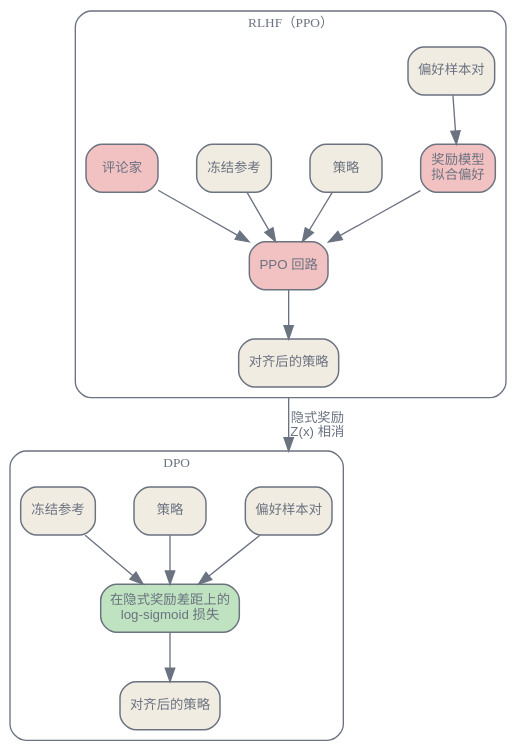
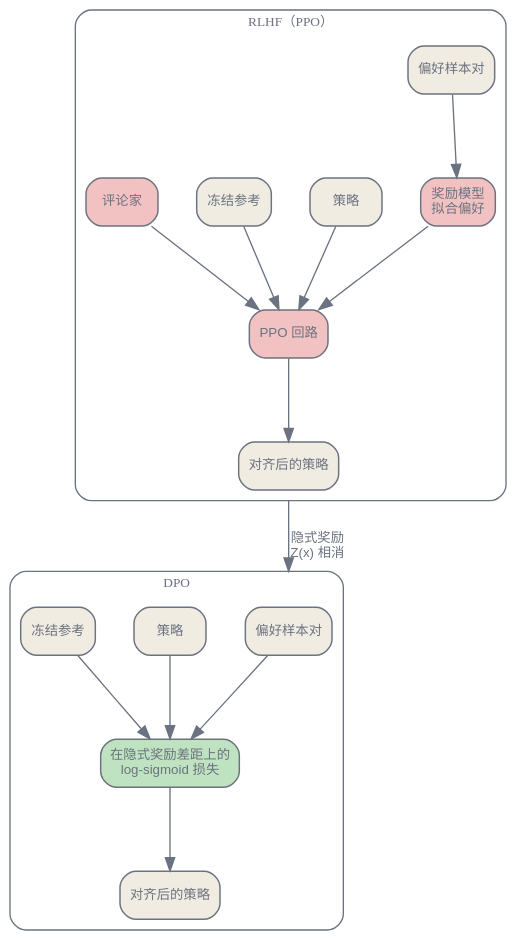
Before and after one commit to latere-ai/ai-as-an-infrastructure: the first of 2 diagrams in zh/adaptation/04-dpo-variants.qmd, drawn with Graphviz. The commit also changed 1 other file, not shown here.

Commit message:
dpo-variants: open rank gap so the reduction label clears the cluster border

````diff
--- a/zh/adaptation/04-dpo-variants.qmd
+++ b/zh/adaptation/04-dpo-variants.qmd
@@ -48,44 +48,44 @@
 ```{dot}
 //| label: fig-dpo-variants-reduction
 //| fig-cap: "RLHF 在四个模型上运行一个奖励模型与一个 PPO 回路；DPO 把隐式奖励代入 Bradley-Terry 模型，配分项相消，剩下的是偏好样本对上的一个分类损失。据 Rafailov et al.（2023）。"
 digraph {
   bgcolor="transparent";
   rankdir=TB;
-  nodesep=0.4; ranksep=0.5;
+  nodesep=0.4; ranksep=0.85;
   compound=true;
   node [shape=box, style="rounded,filled", fontname="Helvetica", fontsize=10, color="#6b7280", fontcolor="#6b7280", fillcolor="#f1ece1", penwidth=1.1];
   edge [fontsize=10, fontname="Helvetica", color="#6b7280", fontcolor="#6b7280"];
 
   subgraph cluster_rlhf {
     label="RLHF（PPO）";
     style=rounded; color="#6b7280"; fontcolor="#6b7280"; fontsize=10;
     pref1 [label="偏好样本对"];
     rm [label="奖励模型\n拟合偏好", fillcolor="#f2c2c2"];
     ppo [label="PPO 回路", fillcolor="#f2c2c2"];
     pol1 [label="策略"];
     ref1 [label="冻结参考"];
     crit [label="评论家", fillcolor="#f2c2c2"];
     aligned1 [label="对齐后的策略"];
     pref1 -> rm;
     rm -> ppo;
     pol1 -> ppo;
     ref1 -> ppo;
     crit -> ppo;
     ppo -> aligned1;
   }
   subgraph cluster_dpo {
     label="DPO";
     style=rounded; color="#6b7280"; fontcolor="#6b7280"; fontsize=10;
     pref2 [label="偏好样本对"];
     loss [label="在隐式奖励差距上的\nlog-sigmoid 损失", fillcolor="#bfe3c0"];
     pol2 [label="策略"];
     ref2 [label="冻结参考"];
     aligned2 [label="对齐后的策略"];
     pref2 -> loss;
     pol2 -> loss;
     ref2 -> loss;
     loss -> aligned2;
   }
   aligned1 -> pref2 [ltail=cluster_rlhf, lhead=cluster_dpo, label="隐式奖励\nZ(x) 相消"];
 }
 ```
````
